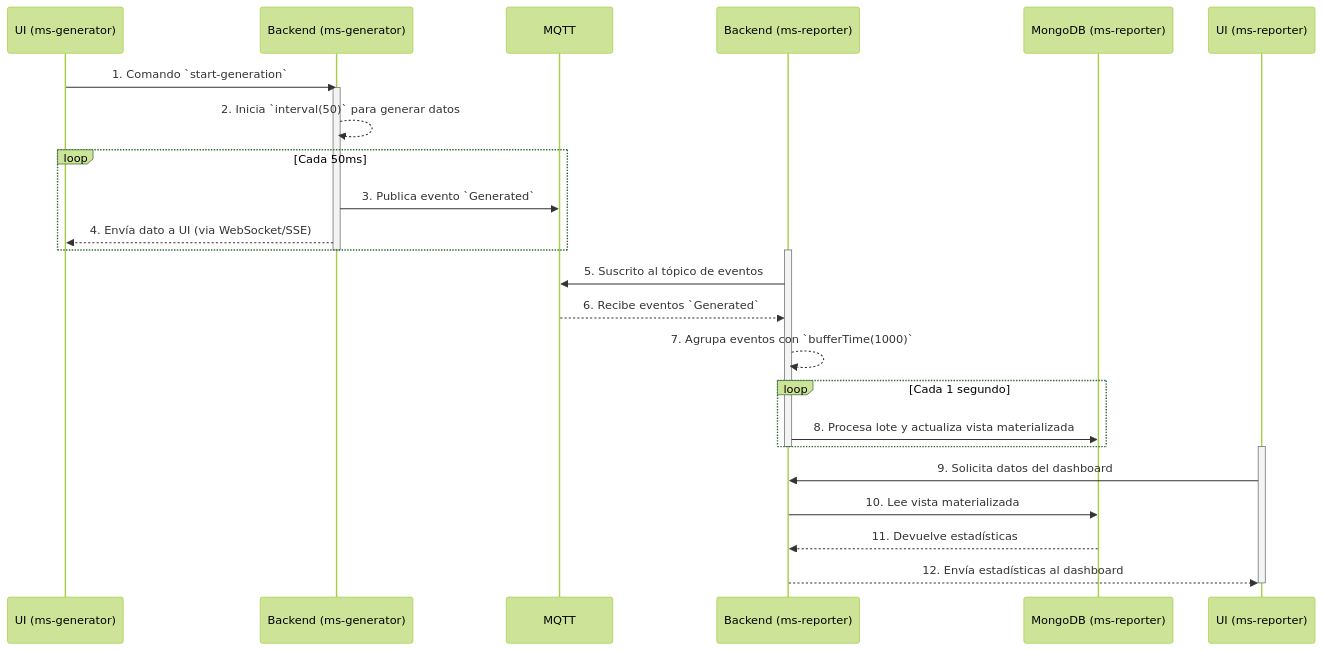
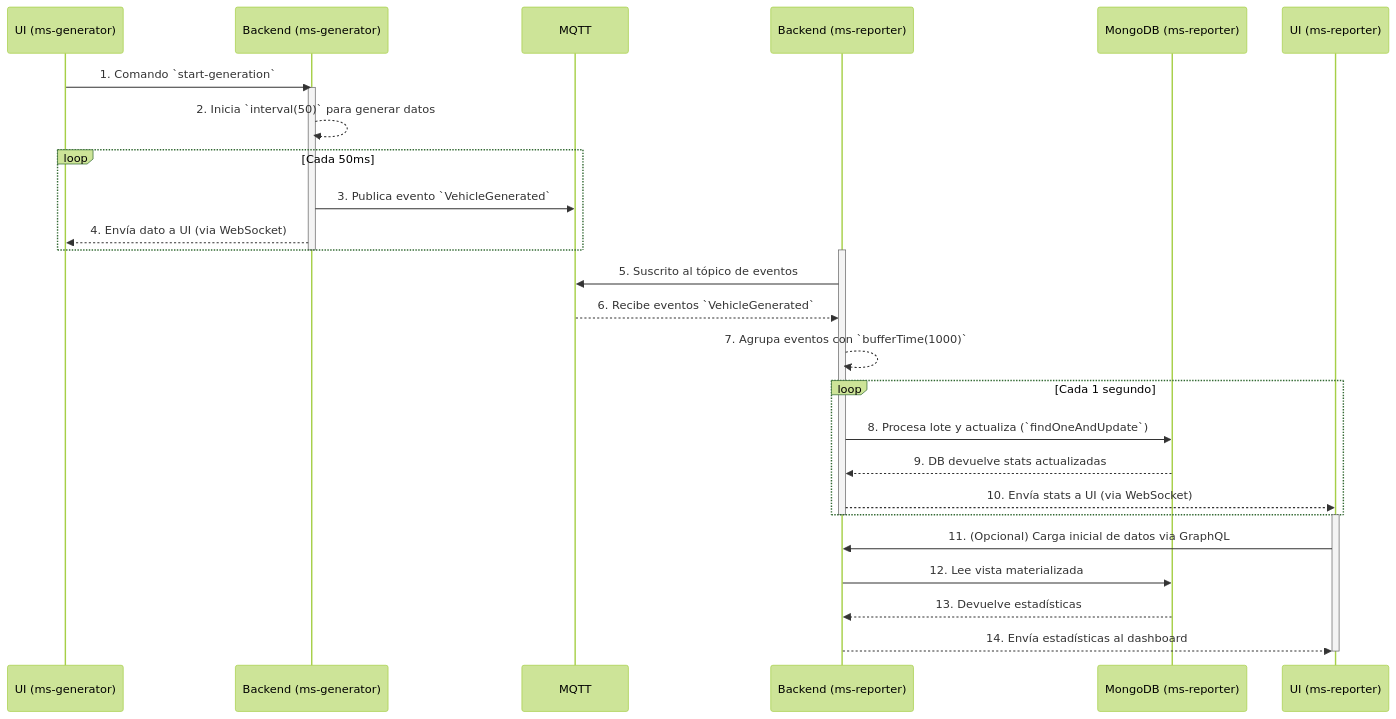
One commit to nebulae-university/software-development changed the diagram in proposal/Week_4_Curriculum.md. Above: the diagram before and after it, drawn with Mermaid (forest theme). The commit also changed other lines of this file, not shown here.

````diff
--- a/proposal/Week_4_Curriculum.md
+++ b/proposal/Week_4_Curriculum.md
@@ -235,34 +235,36 @@
 ```mermaid
 sequenceDiagram
     participant UI_Gen as UI (ms-generator)
     participant BE_Gen as Backend (ms-generator)
     participant MQTT
     participant BE_Rep as Backend (ms-reporter)
     participant DB_Rep as MongoDB (ms-reporter)
     participant UI_Rep as UI (ms-reporter)
 
     UI_Gen->>BE_Gen: 1. Comando `start-generation`
     activate BE_Gen
     BE_Gen-->>BE_Gen: 2. Inicia `interval(50)` para generar datos
     loop Cada 50ms
-        BE_Gen->>MQTT: 3. Publica evento `Generated`
-        BE_Gen-->>UI_Gen: 4. Envía dato a UI (via WebSocket/SSE)
+        BE_Gen->>MQTT: 3. Publica evento `VehicleGenerated`
+        BE_Gen-->>UI_Gen: 4. Envía dato a UI (via WebSocket)
     end
     deactivate BE_Gen
 
     activate BE_Rep
     BE_Rep->>MQTT: 5. Suscrito al tópico de eventos
-    MQTT-->>BE_Rep: 6. Recibe eventos `Generated`
+    MQTT-->>BE_Rep: 6. Recibe eventos `VehicleGenerated`
     BE_Rep-->>BE_Rep: 7. Agrupa eventos con `bufferTime(1000)`
     loop Cada 1 segundo
-        BE_Rep->>DB_Rep: 8. Procesa lote y actualiza vista materializada
+        BE_Rep->>DB_Rep: 8. Procesa lote y actualiza (`findOneAndUpdate`)
+        DB_Rep-->>BE_Rep: 9. DB devuelve stats actualizadas
+        BE_Rep-->>UI_Rep: 10. Envía stats a UI (via WebSocket)
     end
     deactivate BE_Rep
 
     activate UI_Rep
-    UI_Rep->>BE_Rep: 9. Solicita datos del dashboard
-    BE_Rep->>DB_Rep: 10. Lee vista materializada
-    DB_Rep-->>BE_Rep: 11. Devuelve estadísticas
-    BE_Rep-->>UI_Rep: 12. Envía estadísticas al dashboard
+    UI_Rep->>BE_Rep: 11. (Opcional) Carga inicial de datos via GraphQL
+    BE_Rep->>DB_Rep: 12. Lee vista materializada
+    DB_Rep-->>BE_Rep: 13. Devuelve estadísticas
+    BE_Rep-->>UI_Rep: 14. Envía estadísticas al dashboard
     deactivate UI_Rep
 ```
````
